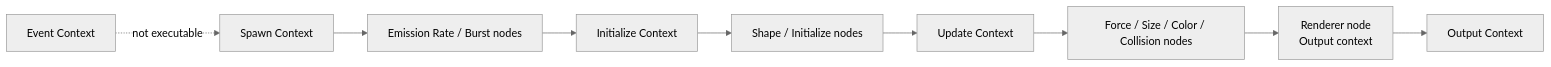
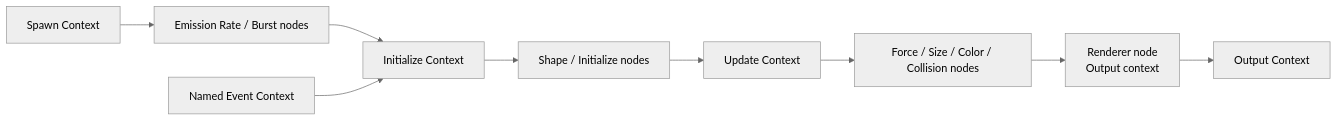
One commit to hcfgod/KeireEngine changed the sixth of 12 diagrams in docs/Vfx.md. Above: the diagram before and after it, drawn with Mermaid (neutral theme). The commit also changed other lines of this file and 80 other files, not shown here.

````diff
--- a/docs/Vfx.md
+++ b/docs/Vfx.md
@@ -365,11 +370,11 @@
 ```mermaid
 flowchart LR
     Spawn["Spawn Context"] --> SpawnModules["Emission Rate / Burst nodes"]
     SpawnModules --> Initialize["Initialize Context"]
     Initialize --> InitModules["Shape / Initialize nodes"]
     InitModules --> Update["Update Context"]
     Update --> UpdateModules["Force / Size / Color / Collision nodes"]
     UpdateModules --> Renderer["Renderer node<br/>Output context"]
     Renderer --> Output["Output Context"]
-    Event["Event Context"] -. "not executable" .-> Spawn
+    Event["Named Event Context"] --> Initialize
 ```
````
